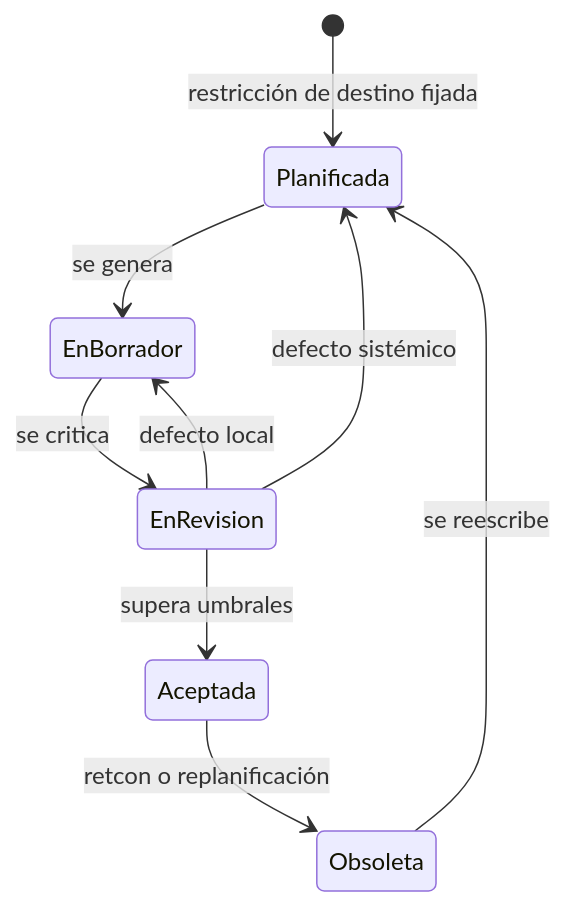
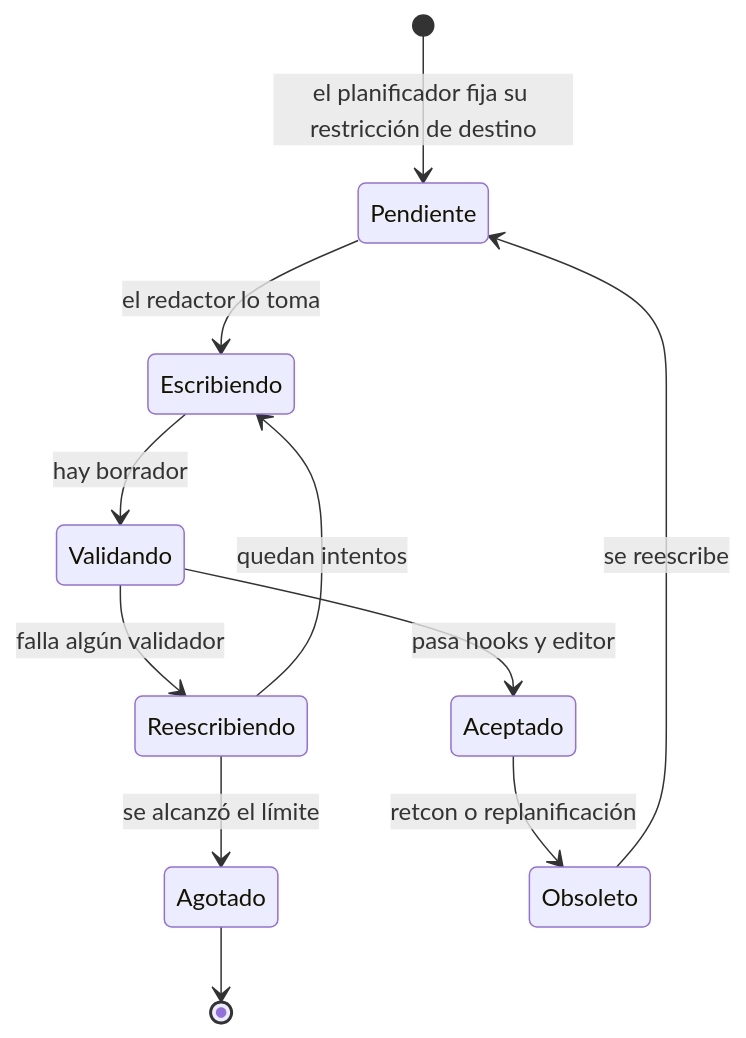
One commit to BrunoCrz3/MyStory changed diagram 18 of 21 in docs/domain-knowledge.md. Above: the diagram before and after it, drawn with Mermaid. The commit also changed other lines of this file and 5 other files, not shown here.

````diff
--- a/docs/domain-knowledge.md
+++ b/docs/domain-knowledge.md
@@ -340,11 +378,13 @@
 ```mermaid
 stateDiagram-v2
-  [*] --> Planificada: restricción de destino fijada
-  Planificada --> EnBorrador: se genera
-  EnBorrador --> EnRevision: se critica
-  EnRevision --> EnBorrador: defecto local
-  EnRevision --> Planificada: defecto sistémico
-  EnRevision --> Aceptada: supera umbrales
-  Aceptada --> Obsoleta: retcon o replanificación
-  Obsoleta --> Planificada: se reescribe
+  [*] --> Pendiente: el planificador fija su restricción de destino
+  Pendiente --> Escribiendo: el redactor lo toma
+  Escribiendo --> Validando: hay borrador
+  Validando --> Aceptado: pasa hooks y editor
+  Validando --> Reescribiendo: falla algún validador
+  Reescribiendo --> Escribiendo: quedan intentos
+  Reescribiendo --> Agotado: se alcanzó el límite
+  Aceptado --> Obsoleto: retcon o replanificación
+  Obsoleto --> Pendiente: se reescribe
+  Agotado --> [*]
 ```
````
